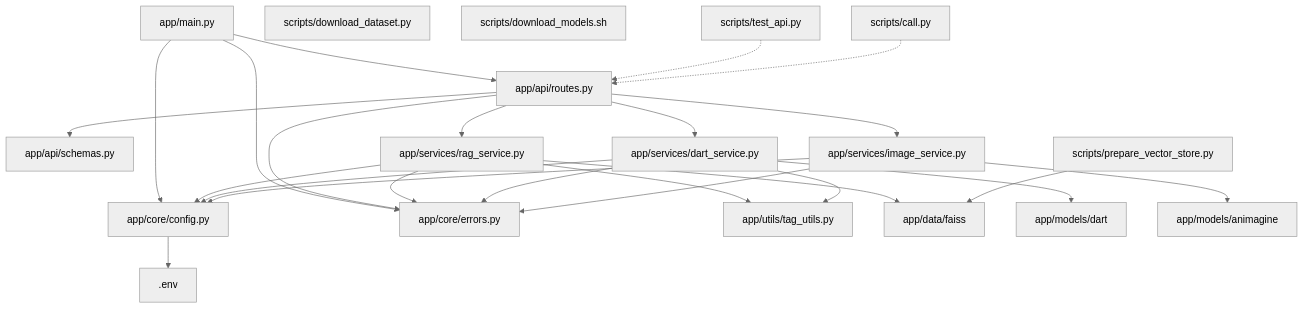
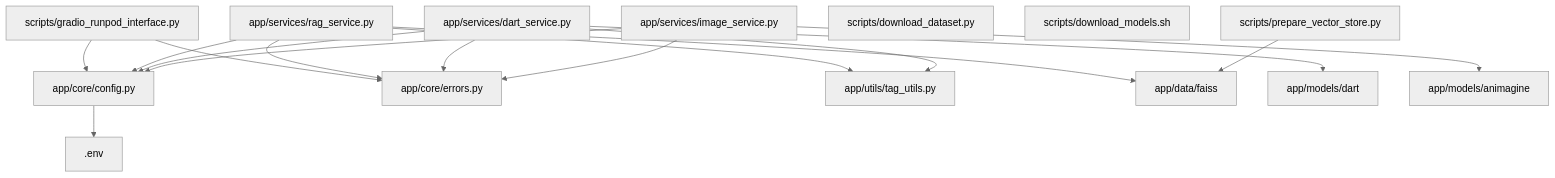
The first of 7 diagrams in file_dependencies.md (finer-ai/cgen), drawn with Mermaid (neutral theme) before and after one commit. The commit also changed other lines of this file and 3 other files, not shown here.

````diff
--- a/file_dependencies.md
+++ b/file_dependencies.md
@@ -9,47 +9,37 @@
 ```mermaid
 graph TB
-    %% アプリケーションのメインファイル
-    main[app/main.py] --> routes[app/api/routes.py]
-    main --> config[app/core/config.py]
-    main --> errors[app/core/errors.py]
-    
-    %% APIルート
-    routes --> schemas[app/api/schemas.py]
-    routes --> rag_service[app/services/rag_service.py]
-    routes --> dart_service[app/services/dart_service.py]
-    routes --> image_service[app/services/image_service.py]
-    routes --> errors
+    %% Gradioインターフェース
+    gradio[scripts/gradio_runpod_interface.py] --> config[app/core/config.py]
+    gradio --> errors[app/core/errors.py]
     
     %% サービス
-    rag_service --> config
+    rag_service[app/services/rag_service.py] --> config
     rag_service --> errors
     rag_service --> tag_utils[app/utils/tag_utils.py]
     
-    dart_service --> config
+    dart_service[app/services/dart_service.py] --> config
     dart_service --> errors
     dart_service --> tag_utils
     
-    image_service --> config
+    image_service[app/services/image_service.py] --> config
     image_service --> errors
     
     %% データストア
     rag_service --> faiss[app/data/faiss]
     
     %% モデル
     dart_service --> dart_model[app/models/dart]
     image_service --> sd_model[app/models/animagine]
     
     %% 設定
     config --> env[.env]
     
     %% スクリプト
     download_dataset[scripts/download_dataset.py]
     download_models[scripts/download_models.sh]
     prepare_vector_store[scripts/prepare_vector_store.py] --> faiss
-    test_api[scripts/test_api.py] -.-> routes
-    call_py[scripts/call.py] -.-> routes
     
     %% クラスハイライト
-    class main,routes,config,schemas focus
+    class gradio,config focus
     class rag_service,dart_service,image_service emphasis
 ```
````
